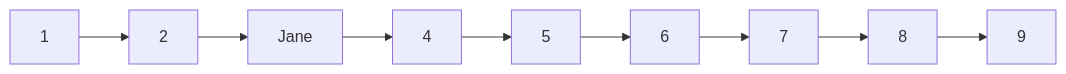
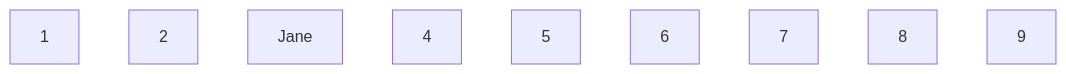
The diagram in docs/datenstrukturen/hashtable.md (tsolenthaler/zbwAlgDs), drawn with Mermaid before and after one commit.

Commit message:
Fix mermaid flowchart formatting in hashtable documentation

````diff
--- a/docs/datenstrukturen/hashtable.md
+++ b/docs/datenstrukturen/hashtable.md
@@ -120,4 +120,4 @@
 ``` mermaid
 flowchart LR
-    1 --> 2 --> 3[Jane] --> 4 --> 5 --> 6 --> 7 --> 8 --> 9
+    1 ~~~ 2 ~~~ 3[Jane] ~~~ 4 ~~~ 5 ~~~ 6 ~~~ 7 ~~~ 8 ~~~ 9
 ```
````
